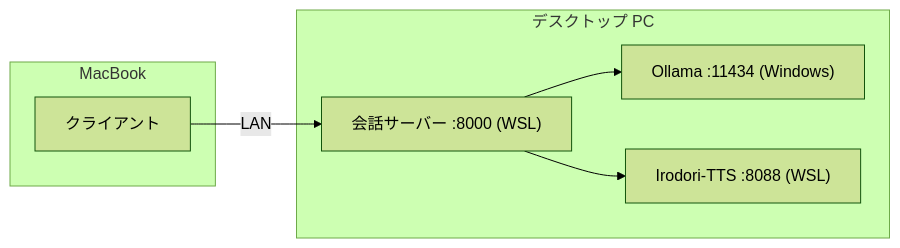
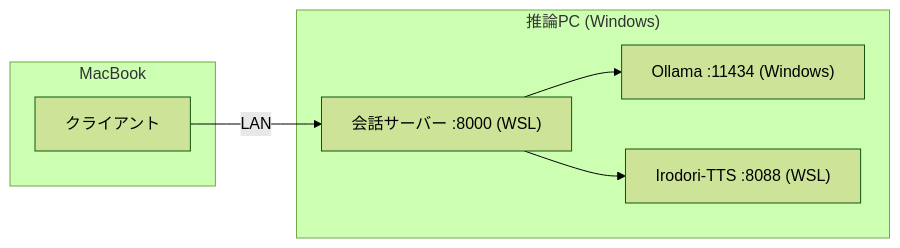
Before and after one commit to GentaAmeku/gemma4-irodori-voice-chat: the fifth of 5 diagrams in docs/architecture.md, drawn with Mermaid (forest theme). The commit also changed other lines of this file and 15 other files, not shown here.

````diff
--- a/docs/architecture.md
+++ b/docs/architecture.md
@@ -170,14 +176,14 @@
 ```mermaid
 flowchart LR
     subgraph mac["MacBook"]
       cl["クライアント"]
     end
-    subgraph pc["デスクトップ PC"]
+    subgraph pc["推論PC (Windows)"]
       cs["会話サーバー :8000 (WSL)"]
       ol["Ollama :11434 (Windows)"]
       tt["Irodori-TTS :8088 (WSL)"]
     end
     cl -->|LAN| cs
     cs --> ol
     cs --> tt
 ```
````
